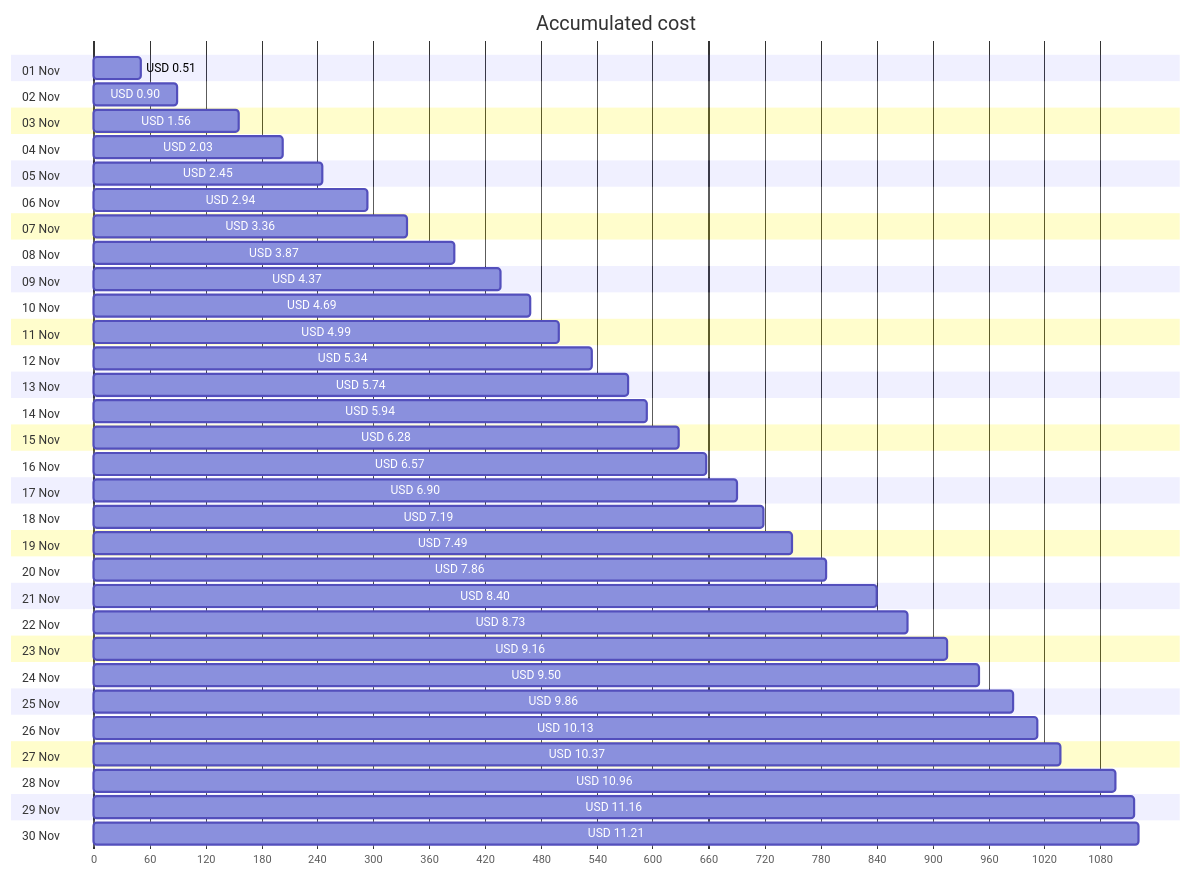
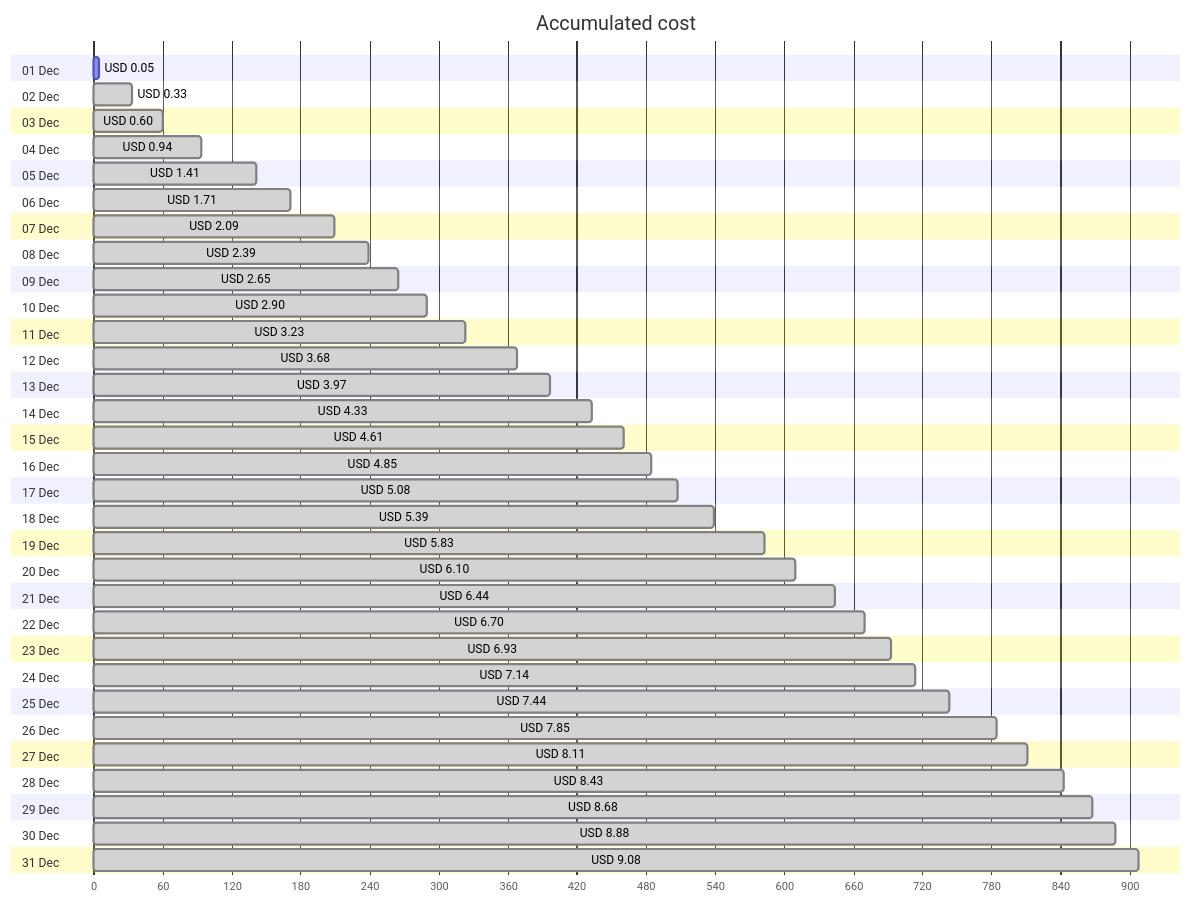
One commit to jpfulton/azure-personal-reports changed the first of 4 diagrams in cost-reports/personal-network/vpn-server.md. Above: the diagram before and after it, drawn with Mermaid. The commit also changed other lines of this file and 8 other files, not shown here.

````diff
--- a/cost-reports/personal-network/vpn-server.md
+++ b/cost-reports/personal-network/vpn-server.md
@@ -20,66 +20,68 @@
 ```mermaid
 gantt
    title Accumulated cost
    dateFormat  X
    axisFormat %s
-   section 01 Nov
-   USD 0.51 :0, 51
-   section 02 Nov
-   USD 0.90 :0, 90
-   section 03 Nov
-   USD 1.56 :0, 156
-   section 04 Nov
-   USD 2.03 :0, 203
-   section 05 Nov
-   USD 2.45 :0, 245
-   section 06 Nov
-   USD 2.94 :0, 294
-   section 07 Nov
-   USD 3.36 :0, 336
-   section 08 Nov
-   USD 3.87 :0, 387
-   section 09 Nov
-   USD 4.37 :0, 437
-   section 10 Nov
-   USD 4.69 :0, 469
-   section 11 Nov
-   USD 4.99 :0, 499
-   section 12 Nov
-   USD 5.34 :0, 534
-   section 13 Nov
-   USD 5.74 :0, 574
-   section 14 Nov
-   USD 5.94 :0, 594
-   section 15 Nov
-   USD 6.28 :0, 628
-   section 16 Nov
-   USD 6.57 :0, 657
-   section 17 Nov
-   USD 6.90 :0, 690
-   section 18 Nov
-   USD 7.19 :0, 719
-   section 19 Nov
-   USD 7.49 :0, 749
-   section 20 Nov
-   USD 7.86 :0, 786
-   section 21 Nov
-   USD 8.40 :0, 840
-   section 22 Nov
-   USD 8.73 :0, 873
-   section 23 Nov
-   USD 9.16 :0, 916
-   section 24 Nov
-   USD 9.50 :0, 950
-   section 25 Nov
-   USD 9.86 :0, 986
-   section 26 Nov
-   USD 10.13 :0, 1013
-   section 27 Nov
-   USD 10.37 :0, 1037
-   section 28 Nov
-   USD 10.96 :0, 1096
-   section 29 Nov
-   USD 11.16 :0, 1116
-   section 30 Nov
-   USD 11.21 :0, 1121
+   section 01 Dec
+   USD 0.05 :0, 5
+   section 02 Dec
+   USD 0.33 : done, 0, 33
+   section 03 Dec
+   USD 0.60 : done, 0, 60
+   section 04 Dec
+   USD 0.94 : done, 0, 94
+   section 05 Dec
+   USD 1.41 : done, 0, 141
+   section 06 Dec
+   USD 1.71 : done, 0, 171
+   section 07 Dec
+   USD 2.09 : done, 0, 209
+   section 08 Dec
+   USD 2.39 : done, 0, 239
+   section 09 Dec
+   USD 2.65 : done, 0, 265
+   section 10 Dec
+   USD 2.90 : done, 0, 290
+   section 11 Dec
+   USD 3.23 : done, 0, 323
+   section 12 Dec
+   USD 3.68 : done, 0, 368
+   section 13 Dec
+   USD 3.97 : done, 0, 397
+   section 14 Dec
+   USD 4.33 : done, 0, 433
+   section 15 Dec
+   USD 4.61 : done, 0, 461
+   section 16 Dec
+   USD 4.85 : done, 0, 485
+   section 17 Dec
+   USD 5.08 : done, 0, 508
+   section 18 Dec
+   USD 5.39 : done, 0, 539
+   section 19 Dec
+   USD 5.83 : done, 0, 583
+   section 20 Dec
+   USD 6.10 : done, 0, 610
+   section 21 Dec
+   USD 6.44 : done, 0, 644
+   section 22 Dec
+   USD 6.70 : done, 0, 670
+   section 23 Dec
+   USD 6.93 : done, 0, 693
+   section 24 Dec
+   USD 7.14 : done, 0, 714
+   section 25 Dec
+   USD 7.44 : done, 0, 744
+   section 26 Dec
+   USD 7.85 : done, 0, 785
+   section 27 Dec
+   USD 8.11 : done, 0, 811
+   section 28 Dec
+   USD 8.43 : done, 0, 843
+   section 29 Dec
+   USD 8.68 : done, 0, 868
+   section 30 Dec
+   USD 8.88 : done, 0, 888
+   section 31 Dec
+   USD 9.08 : done, 0, 908
 ```
````
